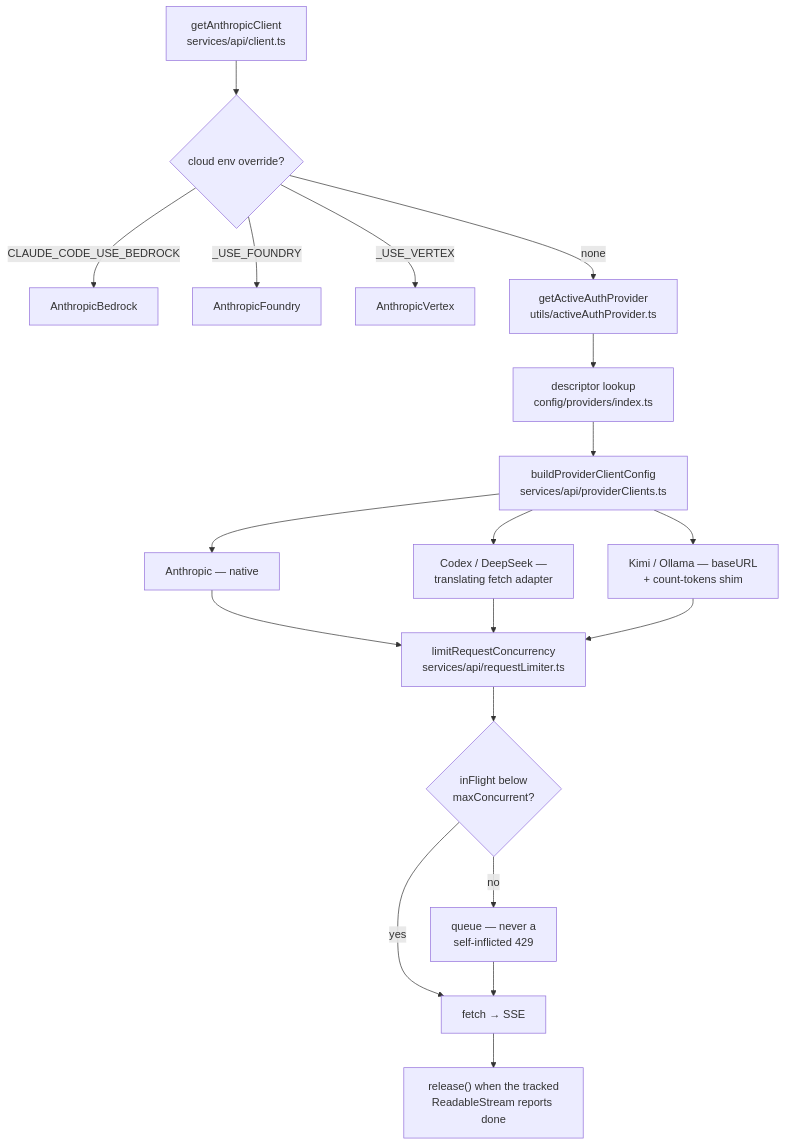
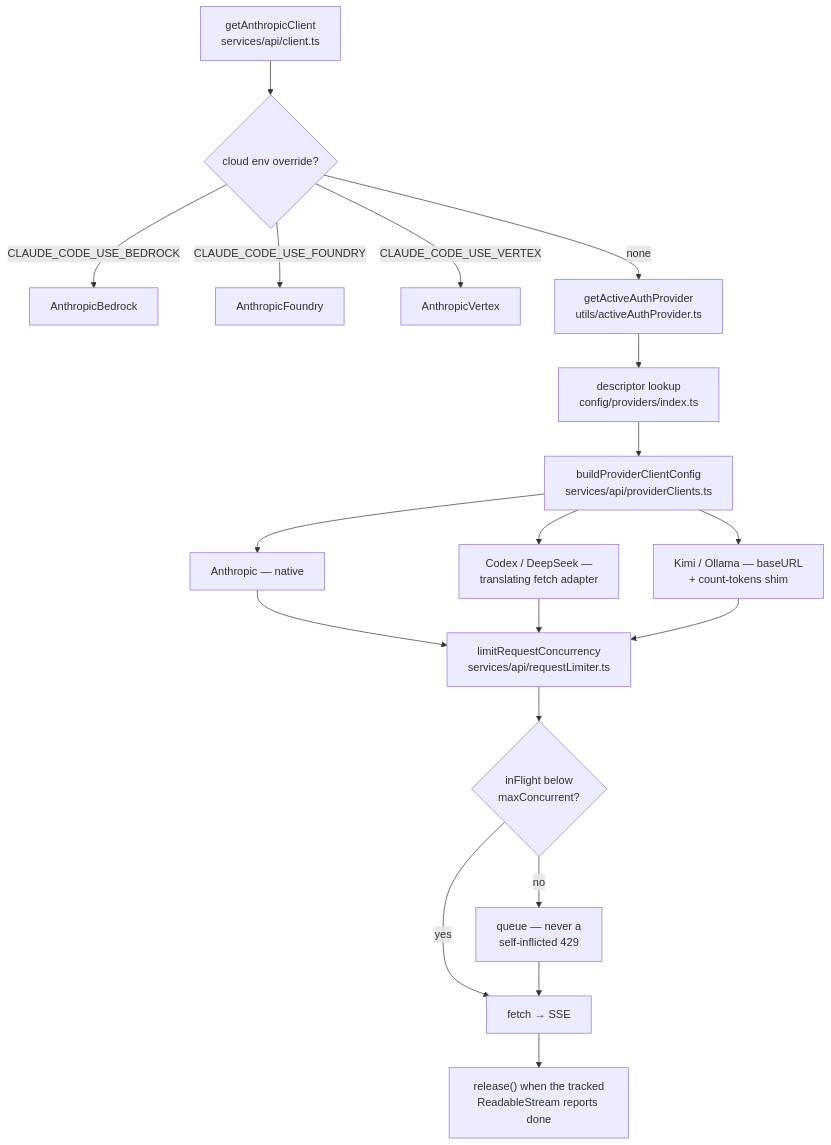
One commit to cristianizzo/axa-chat changed the fifth of 8 diagrams in docs/ARCHITECTURE.md. Above: the diagram before and after it, drawn with Mermaid. The commit also changed other lines of this file, not shown here.

````diff
--- a/docs/ARCHITECTURE.md
+++ b/docs/ARCHITECTURE.md
@@ -254,21 +265,21 @@
 ```mermaid
 flowchart TD
     A["getAnthropicClient<br/>services/api/client.ts"] --> B{"cloud env override?"}
     B -->|"CLAUDE_CODE_USE_BEDROCK"| B1["AnthropicBedrock"]
-    B -->|_USE_FOUNDRY| B2["AnthropicFoundry"]
-    B -->|_USE_VERTEX| B3["AnthropicVertex"]
+    B -->|"CLAUDE_CODE_USE_FOUNDRY"| B2["AnthropicFoundry"]
+    B -->|"CLAUDE_CODE_USE_VERTEX"| B3["AnthropicVertex"]
     B -->|none| C["getActiveAuthProvider<br/>utils/activeAuthProvider.ts"]
     C --> D["descriptor lookup<br/>config/providers/index.ts"]
     D --> E["buildProviderClientConfig<br/>services/api/providerClients.ts"]
     E --> F1["Anthropic — native"]
     E --> F2["Codex / DeepSeek —<br/>translating fetch adapter"]
     E --> F3["Kimi / Ollama — baseURL<br/>+ count-tokens shim"]
     F1 --> G["limitRequestConcurrency<br/>services/api/requestLimiter.ts"]
     F2 --> G
     F3 --> G
     G --> H{"inFlight below<br/>maxConcurrent?"}
     H -->|no| H1["queue — never a<br/>self-inflicted 429"]
     H -->|yes| I["fetch → SSE"]
     H1 --> I
     I --> J["release() when the tracked<br/>ReadableStream reports done"]
 ```
````
